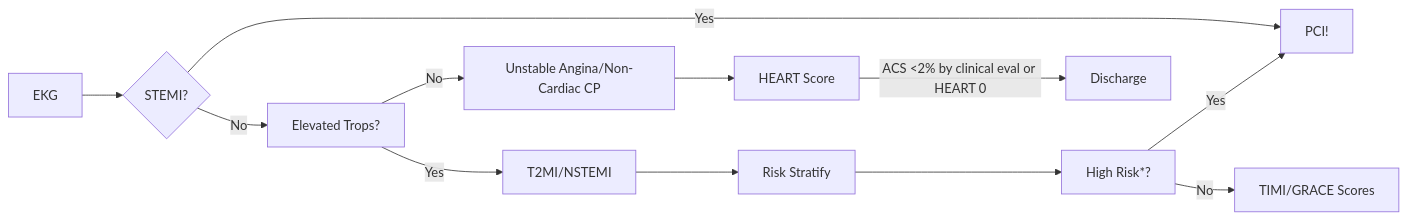
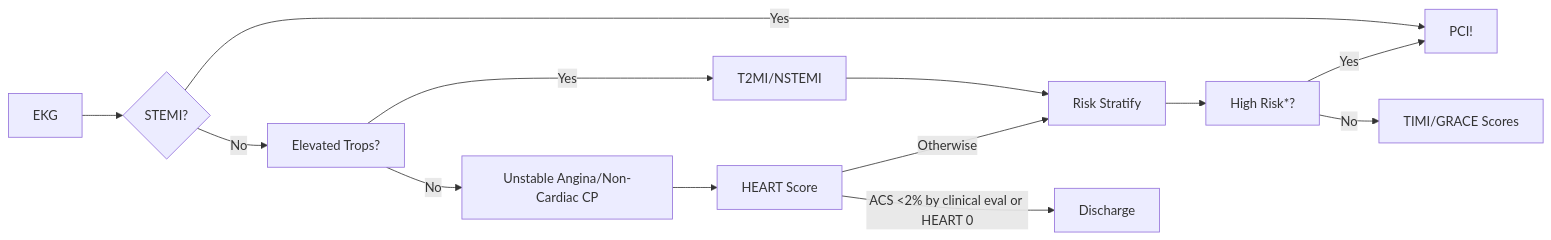
One commit to jzstraley/docsref changed the diagram in docs/im-guide/cards/chest-pain.md. Above: the diagram before and after it, drawn with Mermaid. The commit also changed other lines of this file and 8 other files, not shown here.

````diff
--- a/docs/im-guide/cards/chest-pain.md
+++ b/docs/im-guide/cards/chest-pain.md
@@ -95,14 +98,15 @@
 ``` mermaid
 graph LR
   A[EKG] --> B{STEMI?};
   B -->|Yes| C[PCI!];
   B -->|No| E[Elevated Trops?];
   E -->|Yes| F[T2MI/NSTEMI];
   F --> G[Risk Stratify]
   G --> H[High Risk*?]
   H -->|Yes| C;
   H -->|No| I[TIMI/GRACE Scores];
   E -->|No| J[Unstable Angina/Non-Cardiac CP];
   J --> K[HEART Score];
+  K -->|Otherwise| G;
   K -->|ACS <2% by clinical eval or HEART 0| L[Discharge];
 ```
````
